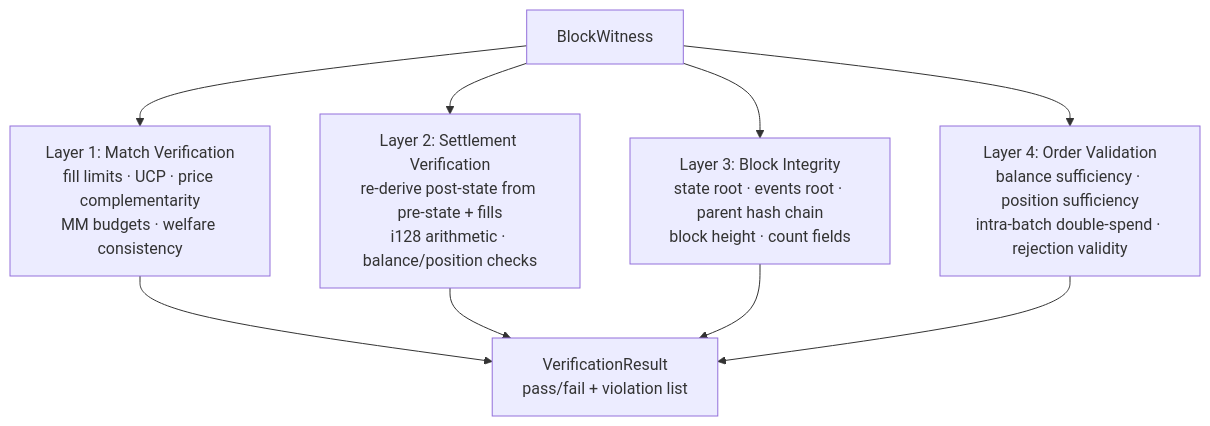
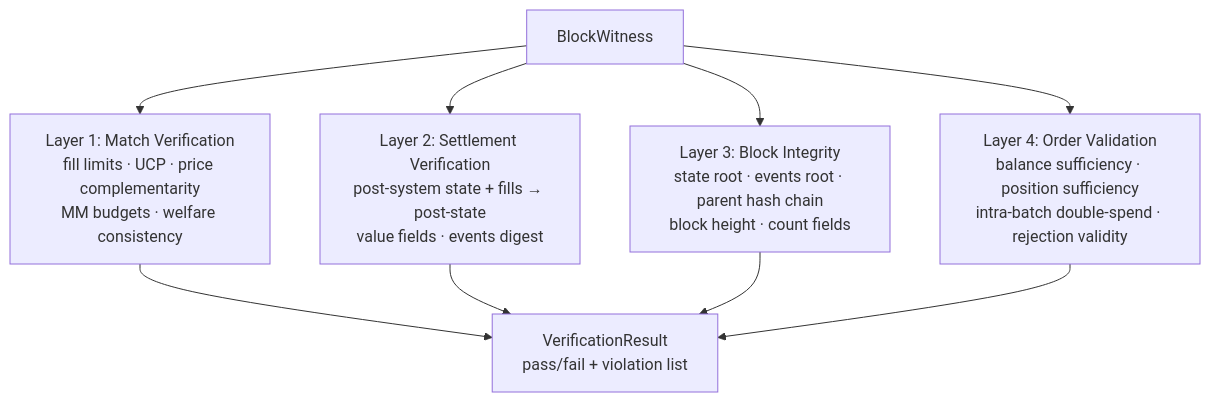
The diagram in docs/architecture/Four-Layer Verification.md (MetaB0y/sybil), drawn with Mermaid before and after one commit. The commit also changed other lines of this file and 56 other files, not shown here.

First line of the commit message:
feat(zk)!: witness v6 — proven key ops, guest keys_digest transition constraint (SYB-270)

````diff
--- a/docs/architecture/Four-Layer Verification.md
+++ b/docs/architecture/Four-Layer Verification.md
@@ -19,9 +19,9 @@
 ```mermaid
 graph TB
     WITNESS["BlockWitness"]
     WITNESS --> L1["Layer 1: Match Verification<br/>fill limits · UCP · price complementarity<br/>MM budgets · welfare consistency"]
-    WITNESS --> L2["Layer 2: Settlement Verification<br/>re-derive post-state from pre-state + fills<br/>i128 arithmetic · balance/position checks"]
+    WITNESS --> L2["Layer 2: Settlement Verification<br/>post-system state + fills → post-state<br/>value fields · events digest"]
     WITNESS --> L3["Layer 3: Block Integrity<br/>state root · events root · parent hash chain<br/>block height · count fields"]
     WITNESS --> L4["Layer 4: Order Validation<br/>balance sufficiency · position sufficiency<br/>intra-batch double-spend · rejection validity"]
     L1 & L2 & L3 & L4 --> RESULT["VerificationResult<br/>pass/fail + violation list"]
 ```
````
